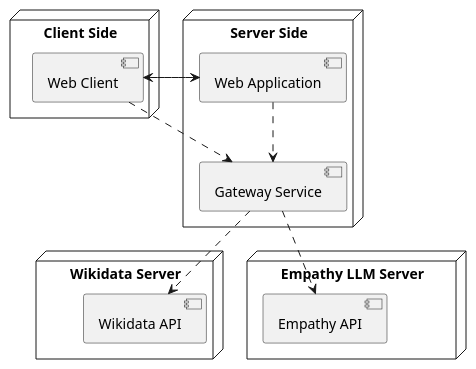
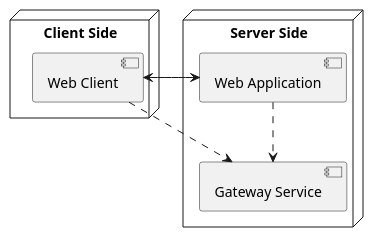
One commit to Arquisoft/wichat_en1b changed the first of 2 diagrams in docs/src/07_deployment_view.adoc. Above: the diagram before and after it, drawn with PlantUML. The commit also changed other lines of this file, not shown here.

Commit message:
fix deployment view diagrams

```diff
--- a/docs/src/07_deployment_view.adoc
+++ b/docs/src/07_deployment_view.adoc
@@ -66,27 +66,17 @@
 [plantuml,"Deployment view L1",png]
 ----
 node "Client Side" {
   component WC as "Web Client"
 }
 
 node "Server Side"{
   component GS as "Gateway Service"
   component WA as "Web Application"
 }
 
-node "Wikidata Server"{
-  component WAPI as "Wikidata API"
-}
-
-node "Empathy LLM Server"{
-  component EAPI as "Empathy API"
-}
-
-GS-[dashed]->WAPI
 WA-[dashed]->GS
 WC-[dashed]->WA
 WA-[dashed]->WC
 WC-[dashed]->GS
-GS-[dashed]->EAPI
 
 ----
```
